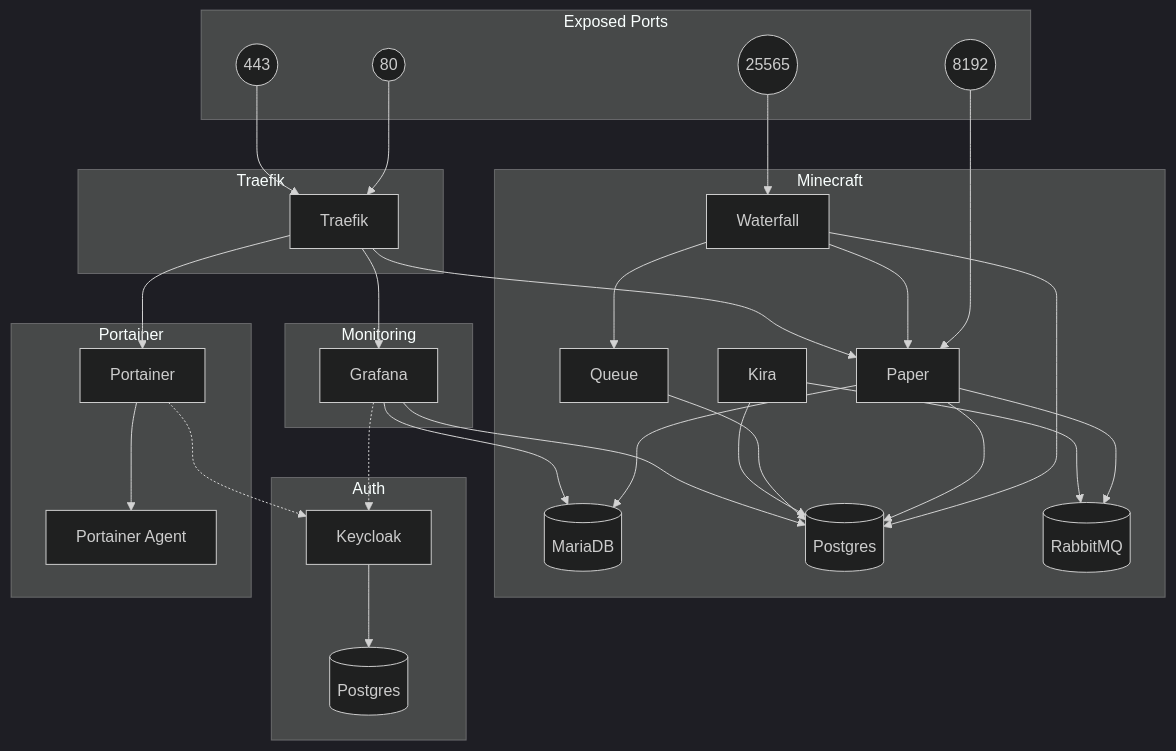
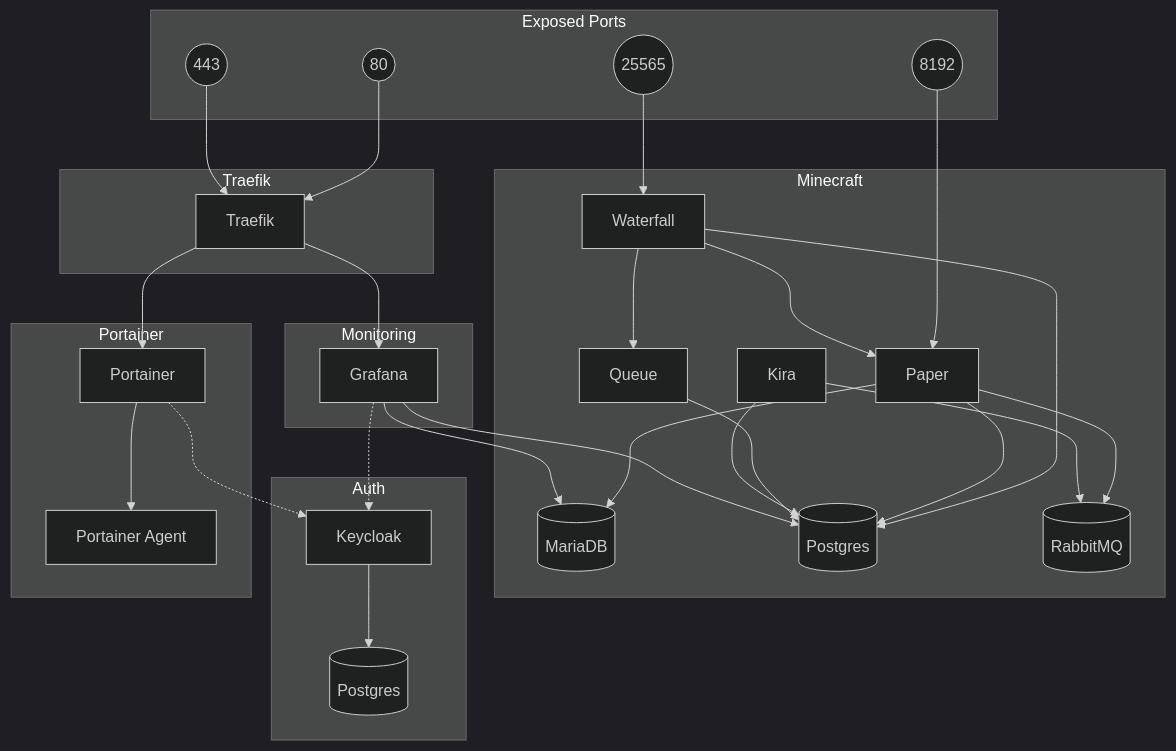
The diagram in ansible/README.md (CivMC/Civ), drawn with Mermaid (dark theme) before and after one commit. The commit also changed 1 other file, not shown here.

Commit message:
Remove dynmap, update version

````diff
--- a/ansible/README.md
+++ b/ansible/README.md
@@ -5,67 +5,66 @@
 ```mermaid
 graph TD;
 
 subgraph Exposed Ports;
   port_http((80));
   port_https((443));
   port_mc((25565));
   port_vote((8192));
 end;
 
 subgraph Minecraft;
   mc_waterfall[Waterfall];
   mc_paper[Paper];
   mc_queue[Queue];
   mc_kira[Kira];
   mc_mariadb[(MariaDB)];
   mc_postgres[(Postgres)];
   mc_rabbitmq[(RabbitMQ)];
   
   port_mc-->mc_waterfall;
   port_vote-->mc_paper;
     
   mc_waterfall-->mc_paper;
   mc_waterfall-->mc_queue;
   mc_waterfall-->mc_postgres;
   mc_paper-->mc_postgres;
   mc_paper-->mc_mariadb;
   mc_paper-->mc_rabbitmq;
   mc_queue-->mc_postgres;
   mc_kira-->mc_postgres;
   mc_kira-->mc_rabbitmq;
 end;
 
 subgraph Auth;
   auth_keycloak[Keycloak];
   auth_postgres[(Postgres)];
   
   auth_keycloak-->auth_postgres;
 end;
 
 subgraph Monitoring;
   mon_grafana[Grafana];
   
   mon_grafana-->mc_postgres;
   mon_grafana-->mc_mariadb;
   mon_grafana-.->auth_keycloak;
 end;
 
 subgraph Portainer;
   por_portainer[Portainer];
   por_agent[Portainer Agent];
   
   por_portainer-->por_agent;
   por_portainer-.->auth_keycloak;
 end;
 
 subgraph Traefik;
   tfk_traefik[Traefik];
   
   port_http-->tfk_traefik;
   port_https-->tfk_traefik;
   
   tfk_traefik-->mon_grafana;
-  tfk_traefik-->mc_paper;
   tfk_traefik-->por_portainer;
 end;
 ```
````
